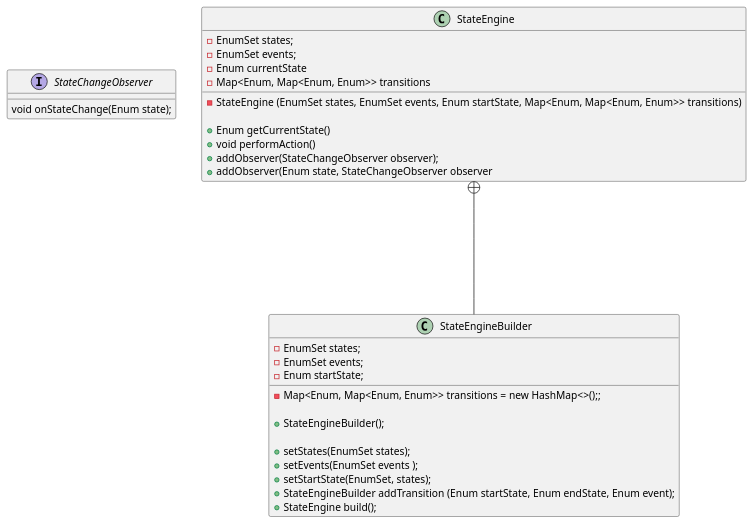
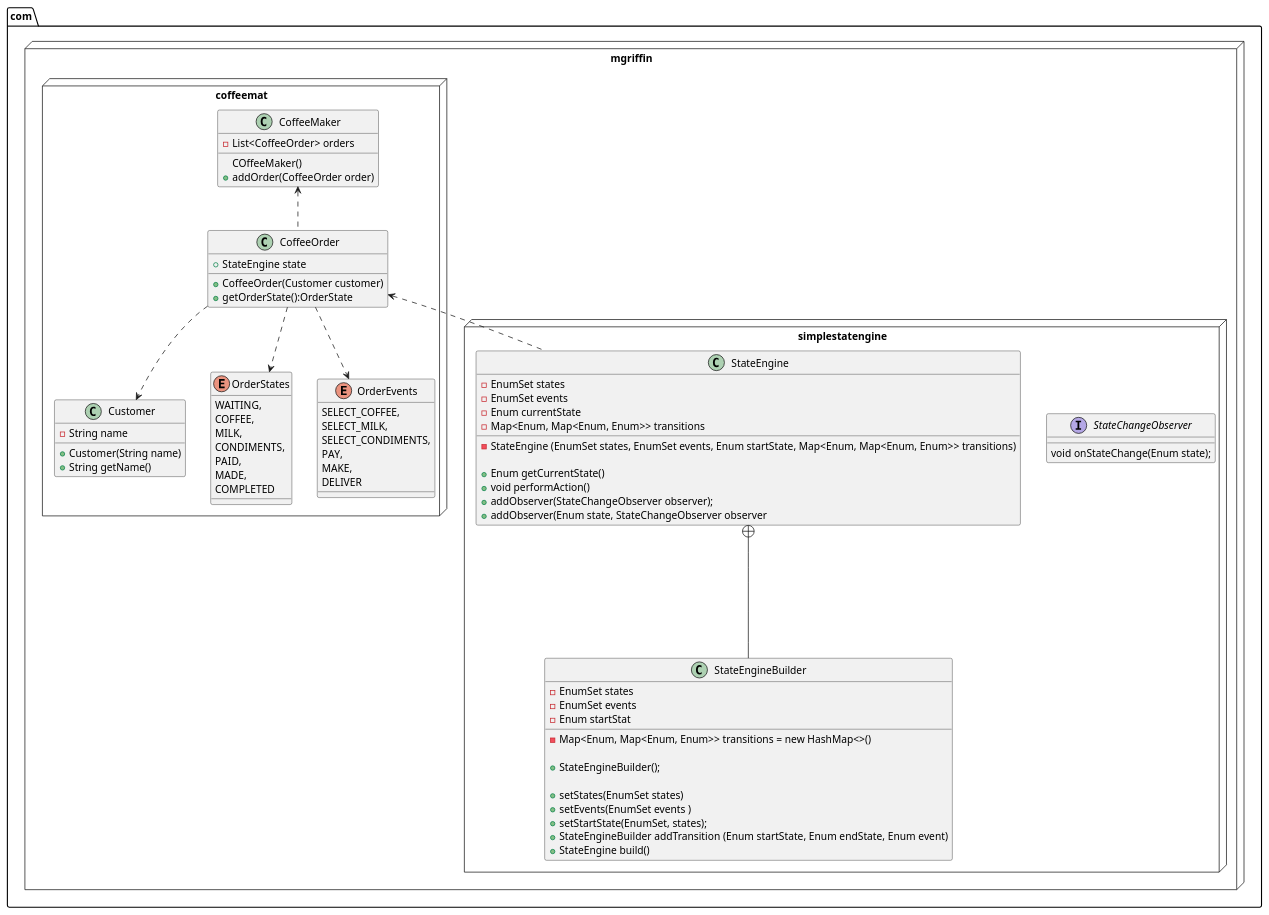
Before and after one commit to mdgriffin/Design-Patterns: the diagram in class_diagram.pu, drawn with PlantUML. The commit also changed 5 other files, not shown here.

Commit message:
Initial coffee maker structure

```diff
--- a/class_diagram.pu
+++ b/class_diagram.pu
@@ -1,36 +1,90 @@
 @startuml
+package com.mgriffin <<Node>> {
+
+package simplestatengine <<Node>> {
+
 Interface StateChangeObserver {
     void onStateChange(Enum state);
 }
 
 Class StateEngine {
-    -EnumSet states;
-    -EnumSet events;
+    -EnumSet states
+    -EnumSet events
     -Enum currentState
     -Map<Enum, Map<Enum, Enum>> transitions
 
     -StateEngine (EnumSet states, EnumSet events, Enum startState, Map<Enum, Map<Enum, Enum>> transitions)
 
     +Enum getCurrentState()
     +void performAction()
     +addObserver(StateChangeObserver observer);
     +addObserver(Enum state, StateChangeObserver observer
 }
 
 class StateEngineBuilder {
-    -EnumSet states;
-    -EnumSet events;
-    -Enum startState;
-    -Map<Enum, Map<Enum, Enum>> transitions = new HashMap<>();;
+    -EnumSet states
+    -EnumSet events
+    -Enum startStat
+    -Map<Enum, Map<Enum, Enum>> transitions = new HashMap<>()
 
     +StateEngineBuilder();
 
-    +setStates(EnumSet states);
-    +setEvents(EnumSet events );
+    +setStates(EnumSet states)
+    +setEvents(EnumSet events )
     +setStartState(EnumSet, states);
-    +StateEngineBuilder addTransition (Enum startState, Enum endState, Enum event);
-    +StateEngine build();
+    +StateEngineBuilder addTransition (Enum startState, Enum endState, Enum event)
+    +StateEngine build()
 }
 
 StateEngine+----StateEngineBuilder
+
+}
+
+package coffeemat <<Node>> {
+    class CoffeeMaker {
+        -List<CoffeeOrder> orders
+        COffeeMaker()
+        +addOrder(CoffeeOrder order)
+    }
+
+    class CoffeeOrder {
+        +StateEngine state
+        +CoffeeOrder(Customer customer)
+        +getOrderState():OrderState
+
+    }
+
+    class Customer {
+        -String name
+        +Customer(String name)
+        +String getName()
+    }
+
+    enum OrderStates {
+        WAITING,
+        COFFEE,
+        MILK,
+        CONDIMENTS,
+        PAID,
+        MADE,
+        COMPLETED
+    }
+
+    enum OrderEvents {
+        SELECT_COFFEE,
+        SELECT_MILK,
+        SELECT_CONDIMENTS,
+        PAY,
+        MAKE,
+        DELIVER
+    }
+
+    CoffeeMaker <.. CoffeeOrder
+    CoffeeOrder ..> Customer
+    CoffeeOrder ..> OrderStates
+    CoffeeOrder ..> OrderEvents
+    CoffeeOrder <.. StateEngine
+}
+
+}
 @enduml
```
